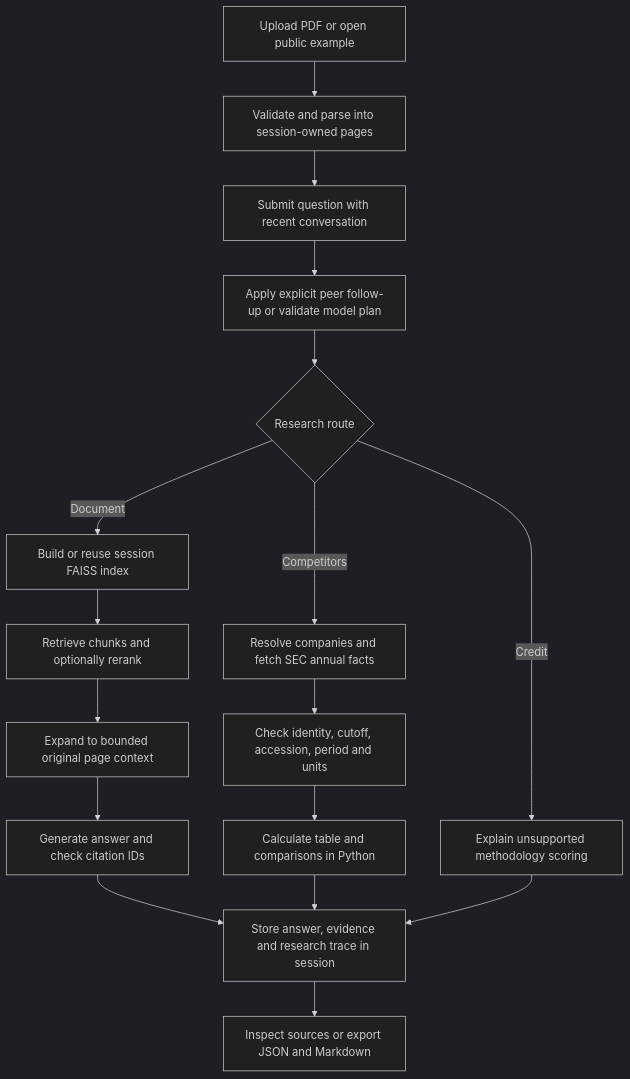
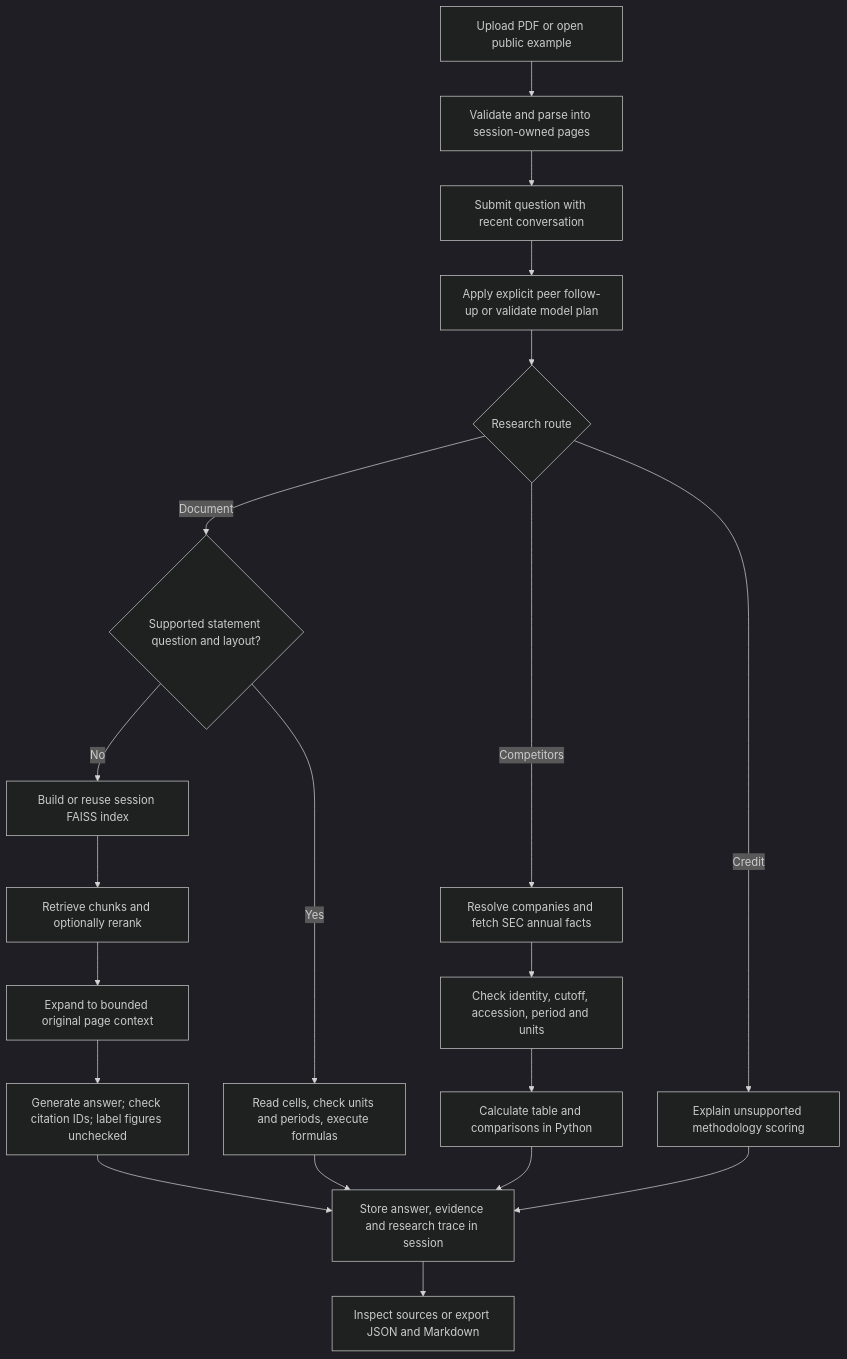
The diagram in DEVELOPMENT.md (Kush-Meta/Financial-PDF-Analyzer), drawn with Mermaid (dark theme) before and after one commit. The commit also changed other lines of this file and 20 other files, not shown here.

````diff
--- a/DEVELOPMENT.md
+++ b/DEVELOPMENT.md
@@ -11,19 +11,22 @@
 ```mermaid
 flowchart TD
     A[Upload PDF or open public example] --> B[Validate and parse into session-owned pages]
     B --> C[Submit question with recent conversation]
     C --> D[Apply explicit peer follow-up or validate model plan]
     D --> E{Research route}
-    E -->|Document| F[Build or reuse session FAISS index]
+    E -->|Document| P{Supported statement question and layout?}
+    P -->|Yes| Q[Read cells, check units and periods, execute formulas]
+    P -->|No| F[Build or reuse session FAISS index]
     F --> G[Retrieve chunks and optionally rerank]
     G --> H[Expand to bounded original page context]
-    H --> I[Generate answer and check citation IDs]
+    H --> I[Generate answer; check citation IDs; label figures unchecked]
     E -->|Competitors| J[Resolve companies and fetch SEC annual facts]
     J --> K[Check identity, cutoff, accession, period and units]
     K --> L[Calculate table and comparisons in Python]
     E -->|Credit| M[Explain unsupported methodology scoring]
     I --> N[Store answer, evidence and research trace in session]
+    Q --> N
     L --> N
     M --> N
     N --> O[Inspect sources or export JSON and Markdown]
 ```
````
